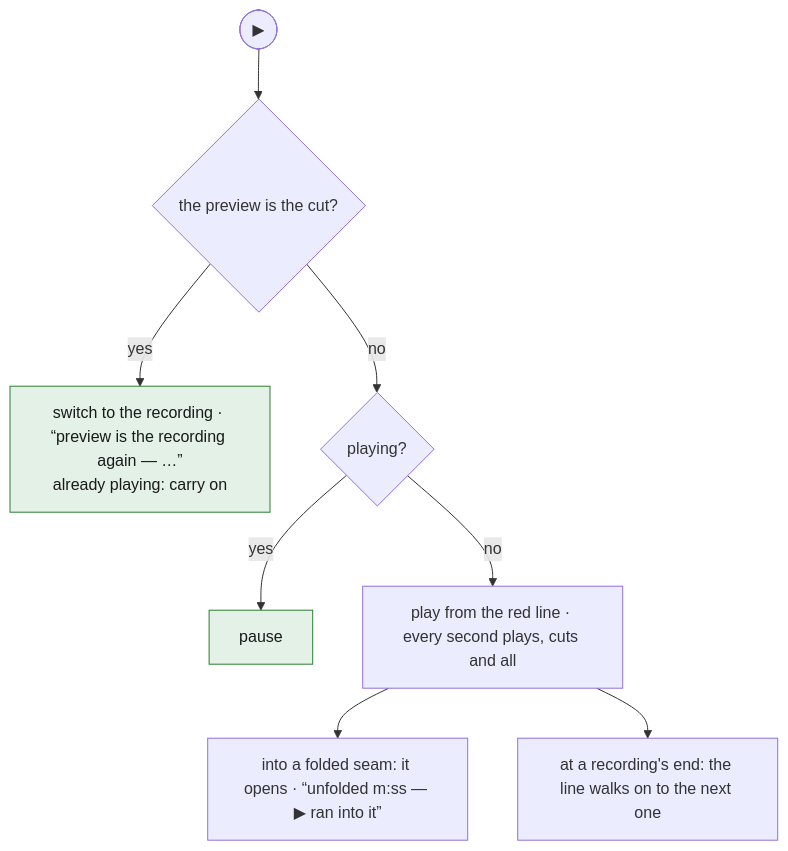
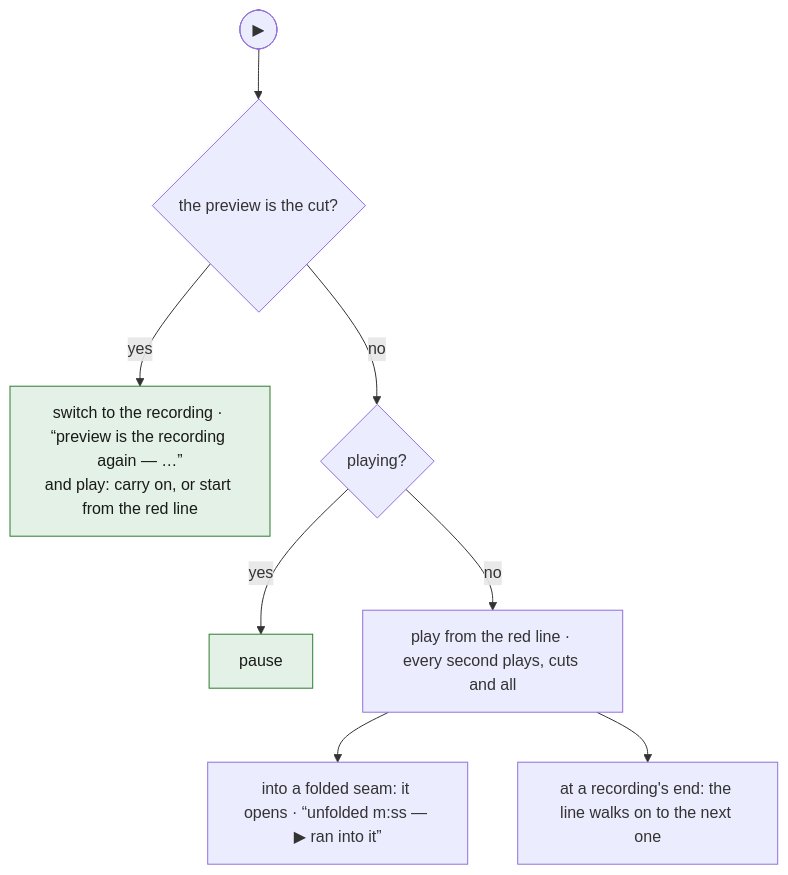
The first of 13 diagrams in spec/05-cut.md (tbocek/naivepost), drawn with Mermaid before and after one commit. The commit also changed other lines of this file and 93 other files, not shown here.

````diff
--- a/spec/05-cut.md
+++ b/spec/05-cut.md
@@ -43,13 +43,13 @@
 ```mermaid
 flowchart TD
   A(["▶"]) --> C{"the preview is the cut?"}
-  C -- yes --> SW["switch to the recording · “preview is the recording again — …”<br/>already playing: carry on"]:::done
+  C -- yes --> SW["switch to the recording · “preview is the recording again — …”<br/>and play: carry on, or start from the red line"]:::done
   C -- no --> P{"playing?"}
   P -- yes --> PA["pause"]:::done
   P -- no --> PL["play from the red line · every second plays, cuts and all"]
   PL --> F["into a folded seam: it opens · “unfolded m:ss — ▶ ran into it”"]
   PL --> E["at a recording's end: the line walks on to the next one"]
   classDef refuse fill:#fde2e1,stroke:#c01c28,color:#1a1a1a
   classDef done fill:#e3f1e6,stroke:#2e7d32,color:#1a1a1a
   classDef ask fill:#e8eefc,stroke:#3a63c8,color:#1a1a1a
 ```
````
